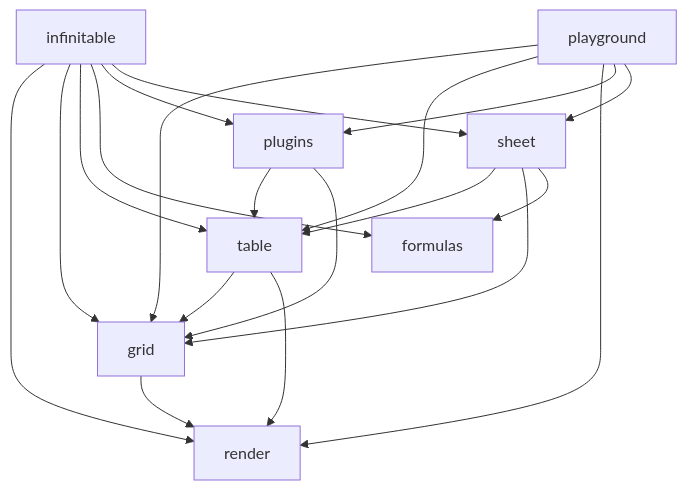
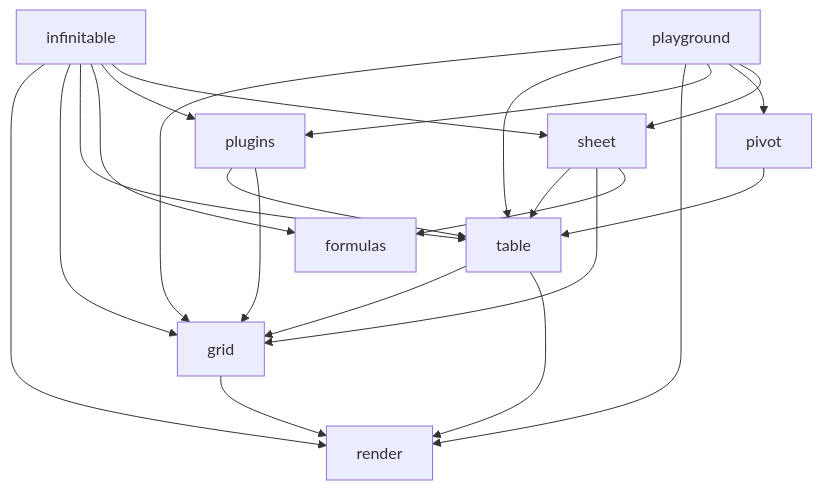
Before and after one commit to cabinet-fe/infinite-table: the diagram in .agents/docs/CODE-MAP.md, drawn with Mermaid. The commit also changed other lines of this file and 10 other files, not shown here.

````diff
--- a/.agents/docs/CODE-MAP.md
+++ b/.agents/docs/CODE-MAP.md
@@ -76,22 +82,24 @@
 ```mermaid
 graph TD
     grid --> render
     table --> grid
     table --> render
     plugins --> table
     plugins --> grid
+    pivot --> table
     sheet --> table
     sheet --> grid
     sheet --> formulas
     infinitable --> render
     infinitable --> grid
     infinitable --> table
     infinitable --> formulas
     infinitable --> plugins
     infinitable --> sheet
     playground --> grid
     playground --> table
     playground --> render
     playground --> plugins
+    playground --> pivot
     playground --> sheet
 ```
````
